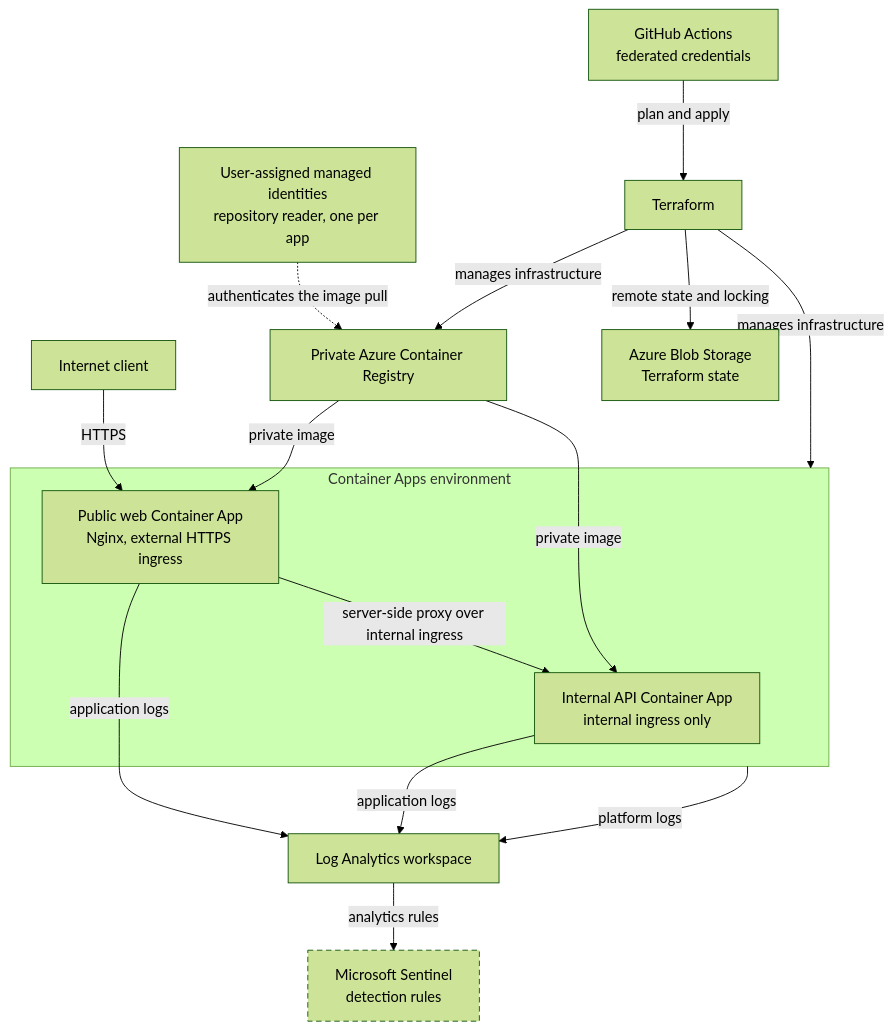
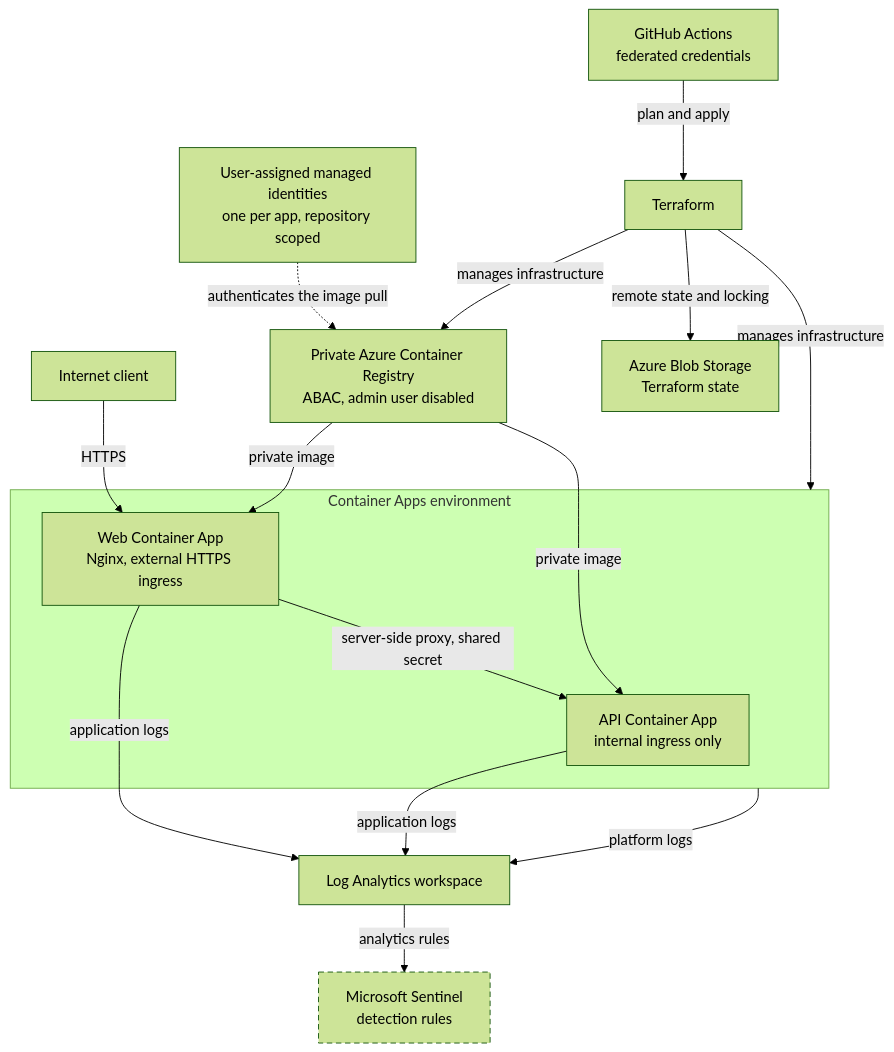
The diagram in README.md (sindredg/container-app-in-azure), drawn with Mermaid (forest theme) before and after one commit. The commit also changed other lines of this file and 9 other files, not shown here.

First line of the commit message:
docs: phase 17, architecture notes, and a broken link on main (#64)

````diff
--- a/README.md
+++ b/README.md
@@ -17,34 +17,34 @@
 ```mermaid
 flowchart TB
     U["Internet client"]
 
     subgraph CAE["Container Apps environment"]
-        WEB["Public web Container App<br/>Nginx, external HTTPS ingress"]
-        API["Internal API Container App<br/>internal ingress only"]
+        WEB["Web Container App<br/>Nginx, external HTTPS ingress"]
+        API["API Container App<br/>internal ingress only"]
     end
 
-    ACR["Private Azure Container Registry"]
-    MI["User-assigned managed identities<br/>repository reader, one per app"]
+    ACR["Private Azure Container Registry<br/>ABAC, admin user disabled"]
+    MI["User-assigned managed identities<br/>one per app, repository scoped"]
     LAW["Log Analytics workspace"]
     SENT["Microsoft Sentinel<br/>detection rules"]
     ST["Azure Blob Storage<br/>Terraform state"]
     TF["Terraform"]
     GHA["GitHub Actions<br/>federated credentials"]
 
     U -->|"HTTPS"| WEB
-    WEB -->|"server-side proxy over internal ingress"| API
+    WEB -->|"server-side proxy, shared secret"| API
     MI -.->|"authenticates the image pull"| ACR
     ACR -->|"private image"| WEB
     ACR -->|"private image"| API
     WEB -->|"application logs"| LAW
     API -->|"application logs"| LAW
     CAE -->|"platform logs"| LAW
     LAW -->|"analytics rules"| SENT
     TF -->|"manages infrastructure"| CAE
     TF -->|"manages infrastructure"| ACR
     TF -->|"remote state and locking"| ST
     GHA -->|"plan and apply"| TF
 
     classDef planned stroke-dasharray: 6 4
     class SENT planned
 ```
````
